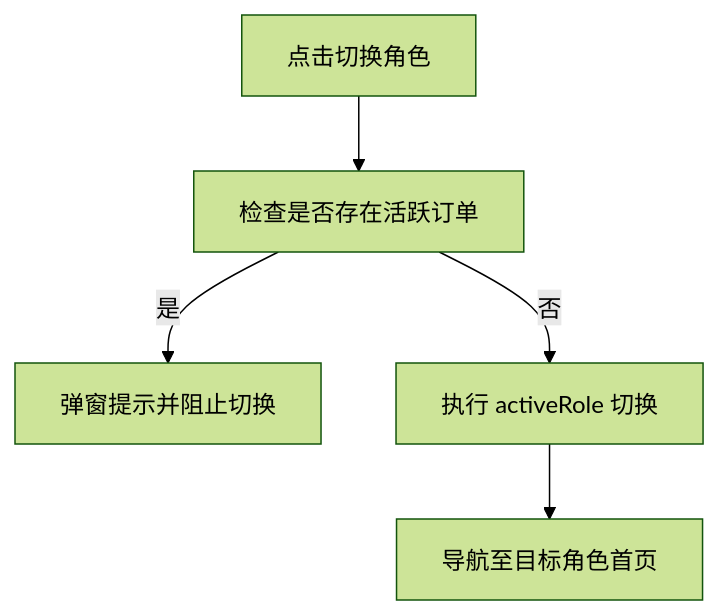
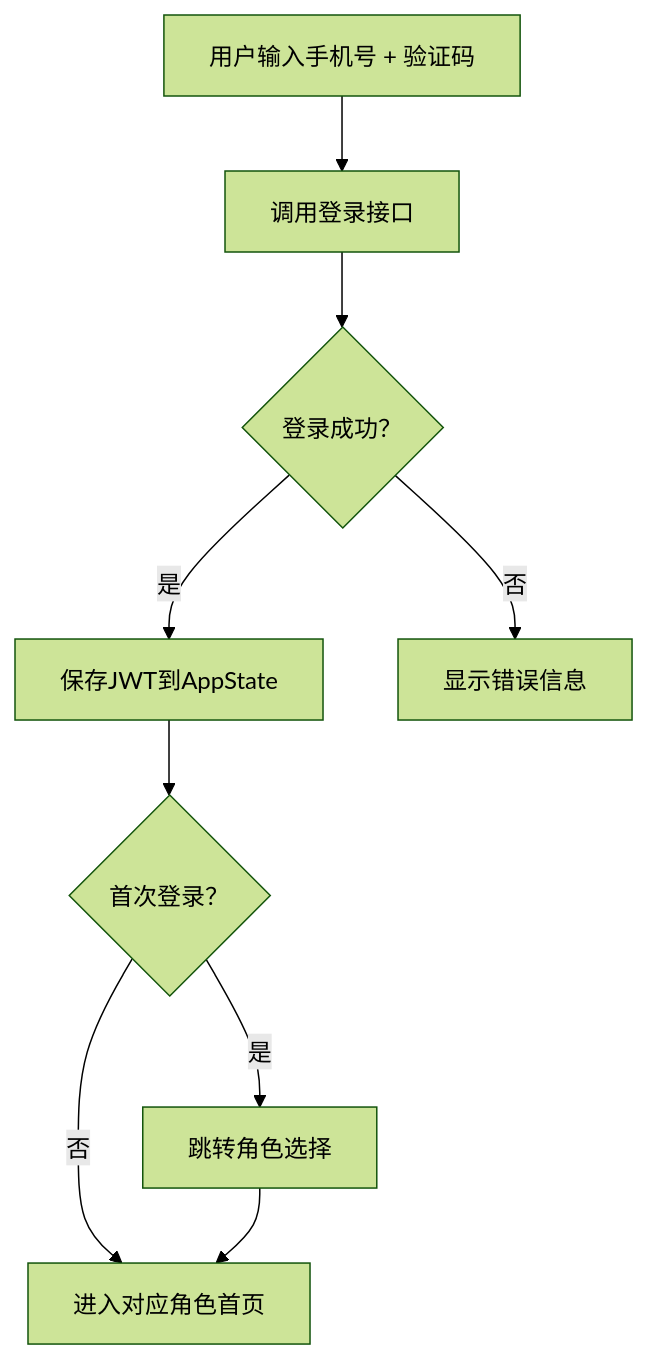
One commit to Jayden23018/blind-run-ios changed the third of 4 diagrams in .qoder/repowiki/zh/content/架构设计/状态管理模式.md. Above: the diagram before and after it, drawn with Mermaid (forest theme). The commit also changed other lines of this file and 35 other files, not shown here.

Commit message:
Implement backend auth and role-switch flow

````diff
--- a/.qoder/repowiki/zh/content/架构设计/状态管理模式.md
+++ b/.qoder/repowiki/zh/content/架构设计/状态管理模式.md
@@ -205,7 +137,11 @@
 ```mermaid
 flowchart TD
-Start["点击切换角色"] --> Check["检查是否存在活跃订单"]
-Check --> |是| Block["弹窗提示并阻止切换"]
-Check --> |否| Switch["执行 activeRole 切换"]
-Switch --> Done["导航至目标角色首页"]
+Start["用户输入手机号 + 验证码"] --> Login["调用登录接口"]
+Login --> Success{"登录成功？"}
+Success --> |是| Save["保存JWT到AppState"]
+Success --> |否| Error["显示错误信息"]
+Save --> FirstLogin{"首次登录？"}
+FirstLogin --> |是| RoleSelect["跳转角色选择"]
+FirstLogin --> |否| Home["进入对应角色首页"]
+RoleSelect --> Home
 ```
````
